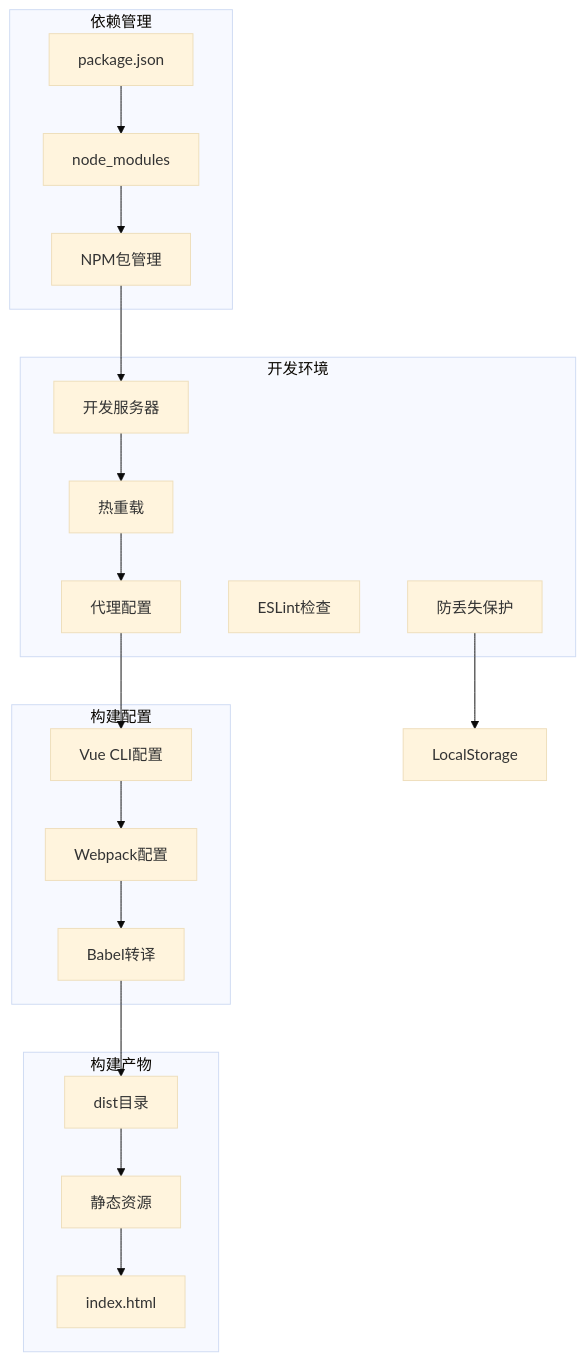
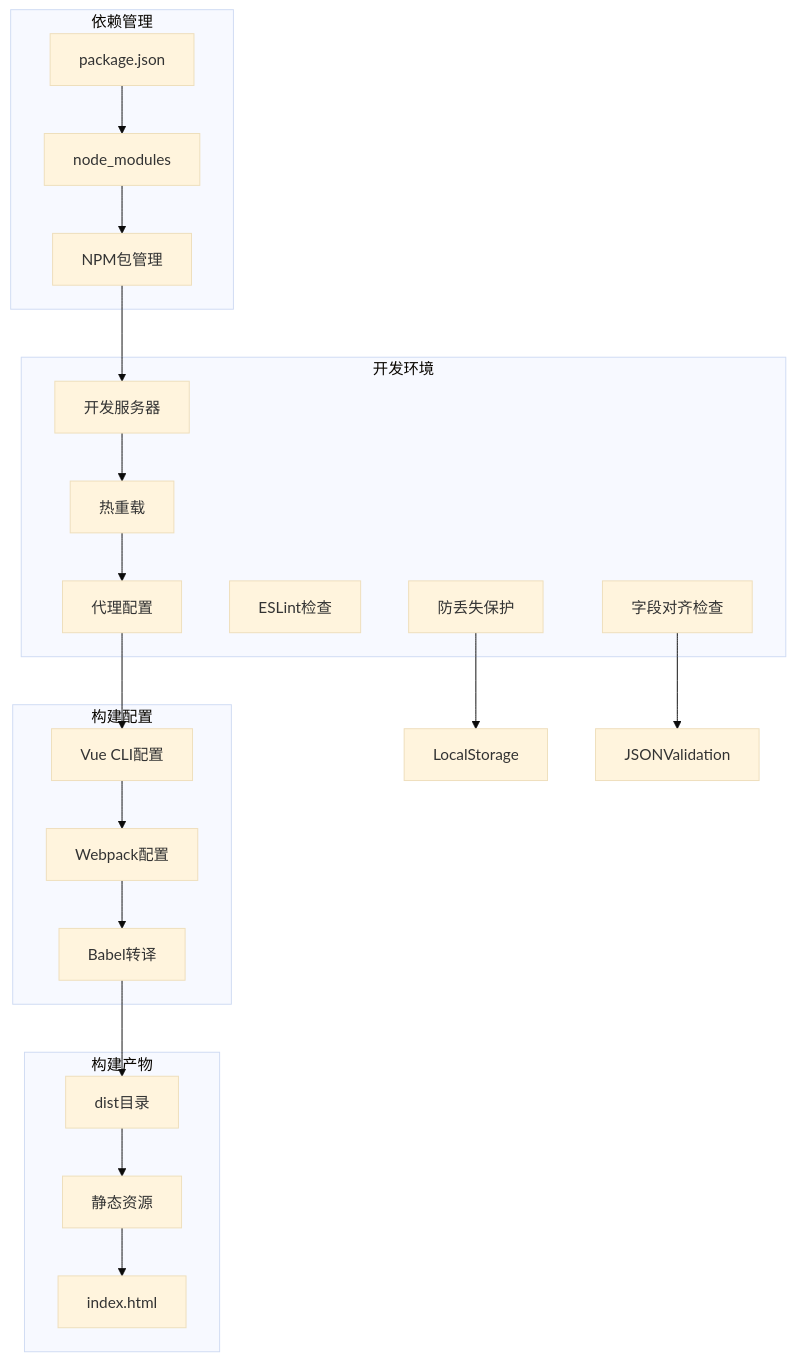
One commit to liuzh2008/med_ai_assistant_workspace changed diagram 17 of 19 in .qoder/repowiki/zh/content/Medical Record Operation Guide.md. Above: the diagram before and after it, drawn with Mermaid (base theme). The commit also changed other lines of this file and 7 other files, not shown here.

````diff
--- a/.qoder/repowiki/zh/content/Medical Record Operation Guide.md
+++ b/.qoder/repowiki/zh/content/Medical Record Operation Guide.md
@@ -1278,37 +1613,39 @@
 ```mermaid
 graph TB
 subgraph "开发环境"
 DevServer[开发服务器]
 HotReload[热重载]
 Proxy[代理配置]
 ESLint[ESLint检查]
 DraftProtection[防丢失保护]
+FieldAlignment[字段对齐检查]
 end
 subgraph "构建配置"
 VueCLI[Vue CLI配置]
 Webpack[Webpack配置]
 Babel[Babel转译]
 end
 subgraph "依赖管理"
 PackageJSON[package.json]
 NodeModules[node_modules]
 NPM[NPM包管理]
 end
 subgraph "构建产物"
 Dist[dist目录]
 Assets[静态资源]
 IndexHTML[index.html]
 end
 DevServer --> HotReload
 HotReload --> Proxy
 Proxy --> VueCLI
 VueCLI --> Webpack
 Webpack --> Babel
 Babel --> Dist
 PackageJSON --> NodeModules
 NodeModules --> NPM
 NPM --> DevServer
 Dist --> Assets
 Assets --> IndexHTML
 DraftProtection --> LocalStorage
+FieldAlignment --> JSONValidation
 ```
````
